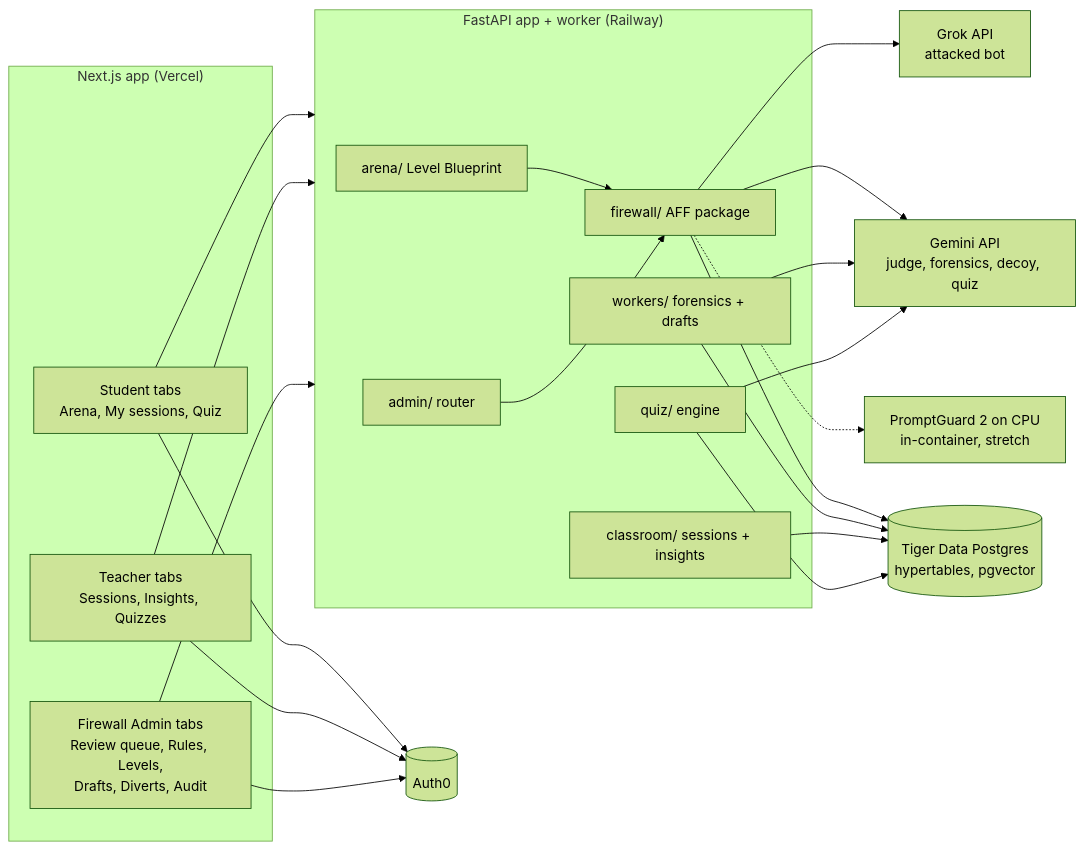
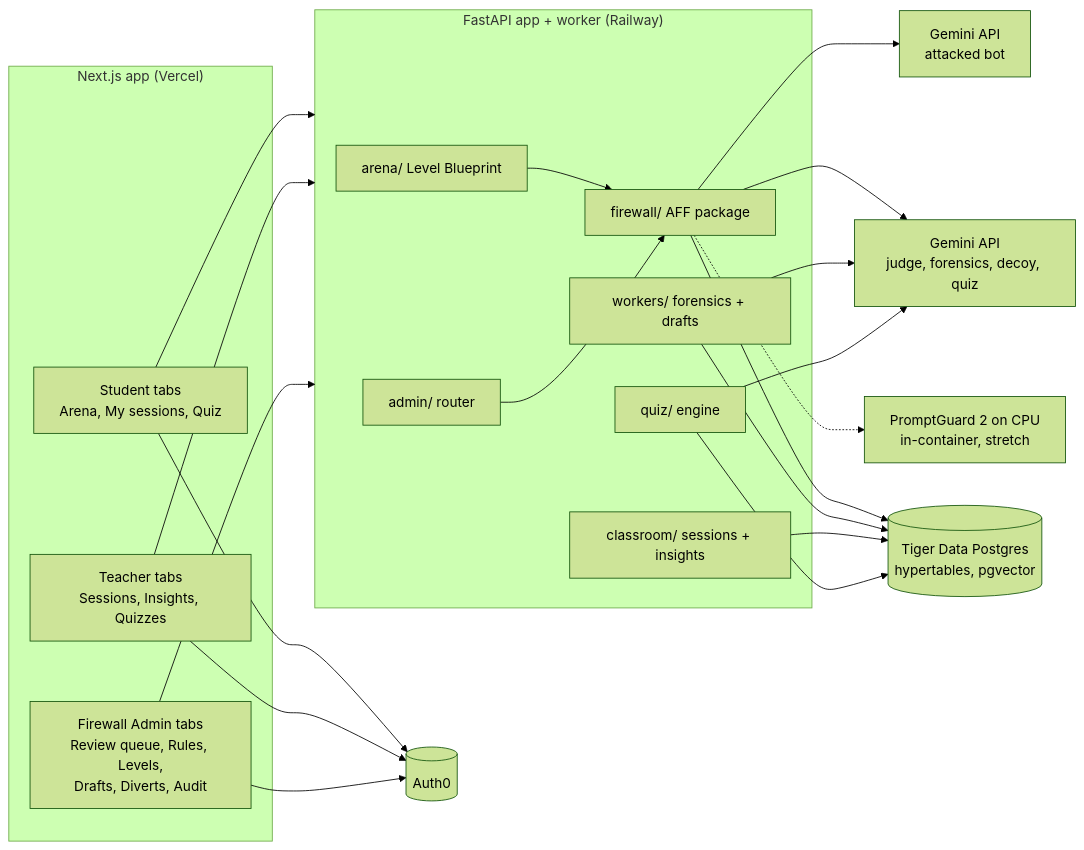
Before and after one commit to MakeUC2026/AEGIS: the first of 5 diagrams in doc/PRD-Injection-Arena-Unified.md, drawn with Mermaid (forest theme). The commit also changed other lines of this file and 20 other files, not shown here.

Commit message:
feat(m1)!: Gemini replaces Grok/xAI as the arena bot (PRD D-15 revised)

````diff
--- a/doc/PRD-Injection-Arena-Unified.md
+++ b/doc/PRD-Injection-Arena-Unified.md
@@ -103,35 +103,35 @@
 ```mermaid
 flowchart LR
     subgraph Browser["Next.js app (Vercel)"]
         S[Student tabs<br/>Arena, My sessions, Quiz]
         T[Teacher tabs<br/>Sessions, Insights, Quizzes]
         A[Firewall Admin tabs<br/>Review queue, Rules, Levels,<br/>Drafts, Diverts, Audit]
     end
     Auth0[(Auth0)]
     subgraph API["FastAPI app + worker (Railway)"]
         AR[arena/ Level Blueprint]
         FW[firewall/ AFF package]
         AD[admin/ router]
         CL[classroom/ sessions + insights]
         QZ[quiz/ engine]
         WK[workers/ forensics + drafts]
     end
     DB[(Tiger Data Postgres<br/>hypertables, pgvector)]
-    Grok[Grok API<br/>attacked bot]
+    Bot[Gemini API<br/>attacked bot]
     Gem[Gemini API<br/>judge, forensics, decoy, quiz]
     Loc[PromptGuard 2 on CPU<br/>in-container, stretch]
 
     S & T & A --> Auth0
     S & T & A --> API
     AR --> FW
     AD --> FW
-    FW --> Grok
+    FW --> Bot
     FW --> Gem
     FW -.-> Loc
     FW --> DB
     WK --> DB
     WK --> Gem
     CL --> DB
     QZ --> DB
     QZ --> Gem
 ```
````
